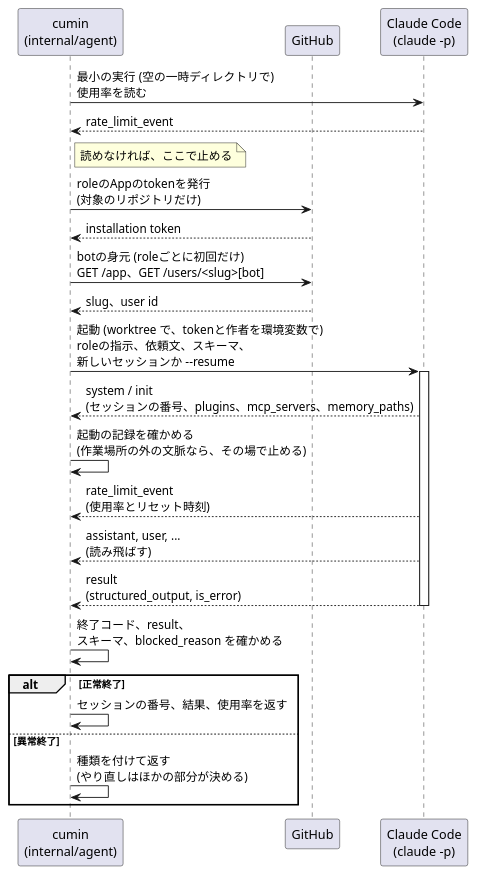
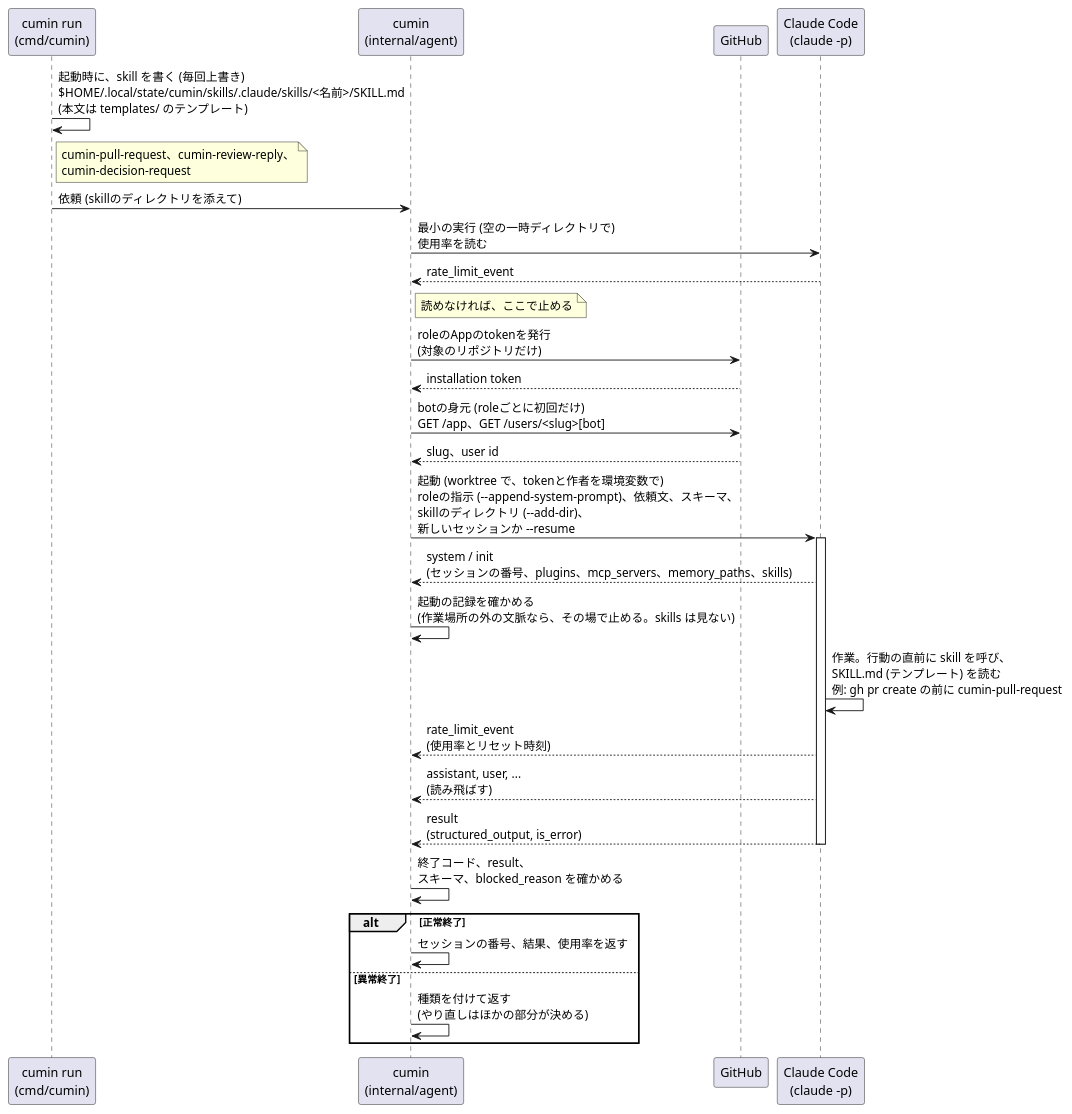
The diagram in docs/ja/designs/agent-run.puml (cloveclovedev/cumin-works), drawn with PlantUML before and after one commit. The commit also changed 1 other file, not shown here.

Commit message:
docs(designs): show the skills in the sequence diagram of one agent run
Claude-Session: https://claude.ai/code/session_01T9JQQdxpL9gxQk35gxnuA8

```diff
--- a/docs/ja/designs/agent-run.puml
+++ b/docs/ja/designs/agent-run.puml
@@ -1,32 +1,38 @@
 @startuml agent-run
 skinparam shadowing false
 skinparam defaultFontName sans-serif
 
+participant "cumin run\n(cmd/cumin)" as run
 participant "cumin\n(internal/agent)" as cumin
 participant "GitHub" as github
 participant "Claude Code\n(claude -p)" as claude
+
+run -> run : 起動時に、skill を書く (毎回上書き)\n$HOME/.local/state/cumin/skills/.claude/skills/<名前>/SKILL.md\n(本文は templates/ のテンプレート)
+note right of run : cumin-pull-request、cumin-review-reply、\ncumin-decision-request
+run -> cumin : 依頼 (skillのディレクトリを添えて)
 
 cumin -> claude : 最小の実行 (空の一時ディレクトリで)\n使用率を読む
 claude --> cumin : rate_limit_event
 note right of cumin : 読めなければ、ここで止める
 
 cumin -> github : roleのAppのtokenを発行\n(対象のリポジトリだけ)
 github --> cumin : installation token
 cumin -> github : botの身元 (roleごとに初回だけ)\nGET /app、GET /users/<slug>[bot]
 github --> cumin : slug、user id
 
-cumin -> claude : 起動 (worktree で、tokenと作者を環境変数で)\nroleの指示、依頼文、スキーマ、\n新しいセッションか --resume
+cumin -> claude : 起動 (worktree で、tokenと作者を環境変数で)\nroleの指示 (--append-system-prompt)、依頼文、スキーマ、\nskillのディレクトリ (--add-dir)、\n新しいセッションか --resume
 activate claude
-claude --> cumin : system / init\n(セッションの番号、plugins、mcp_servers、memory_paths)
-cumin -> cumin : 起動の記録を確かめる\n(作業場所の外の文脈なら、その場で止める)
+claude --> cumin : system / init\n(セッションの番号、plugins、mcp_servers、memory_paths、skills)
+cumin -> cumin : 起動の記録を確かめる\n(作業場所の外の文脈なら、その場で止める。skills は見ない)
+claude -> claude : 作業。行動の直前に skill を呼び、\nSKILL.md (テンプレート) を読む\n例: gh pr create の前に cumin-pull-request
 claude --> cumin : rate_limit_event\n(使用率とリセット時刻)
 claude --> cumin : assistant, user, ...\n(読み飛ばす)
 claude --> cumin : result\n(structured_output, is_error)
 deactivate claude
 cumin -> cumin : 終了コード、result、\nスキーマ、blocked_reason を確かめる
 alt 正常終了
   cumin -> cumin : セッションの番号、結果、使用率を返す
 else 異常終了
   cumin -> cumin : 種類を付けて返す\n(やり直しはほかの部分が決める)
 end
 @enduml
```
